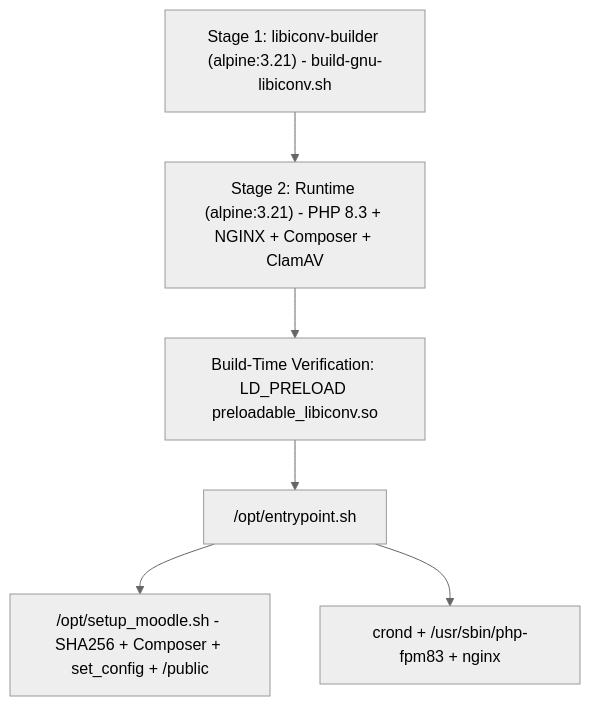
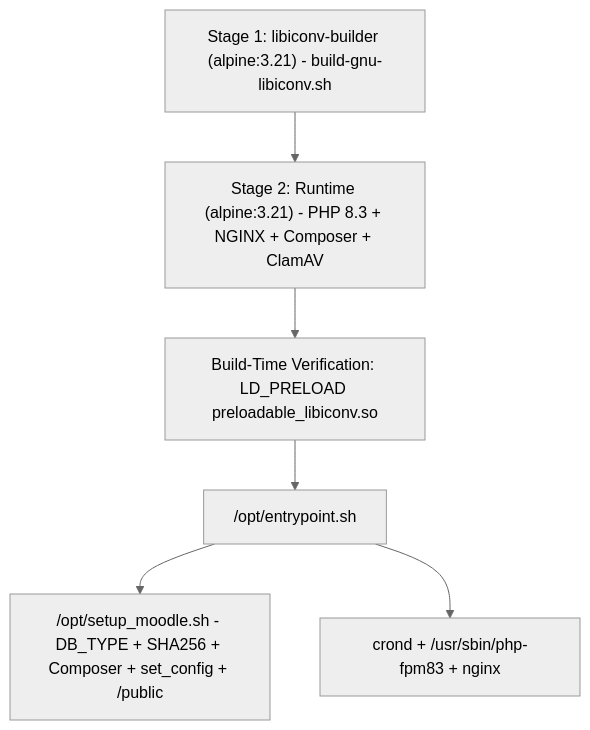
The diagram in openwiki/runtime/container-image-moodle52-php83.md (google/moodle-on-gcp), drawn with Mermaid (neutral theme) before and after one commit. The commit also changed other lines of this file and 42 other files, not shown here.

````diff
--- a/openwiki/runtime/container-image-moodle52-php83.md
+++ b/openwiki/runtime/container-image-moodle52-php83.md
@@ -27,8 +27,8 @@
 ```mermaid
 flowchart TD
     S1["Stage 1: libiconv-builder (alpine:3.21) - build-gnu-libiconv.sh"] --> S2["Stage 2: Runtime (alpine:3.21) - PHP 8.3 + NGINX + Composer + ClamAV"]
     S2 --> Test["Build-Time Verification: LD_PRELOAD preloadable_libiconv.so"]
     Test --> Entry["/opt/entrypoint.sh"]
-    Entry --> Setup["/opt/setup_moodle.sh - SHA256 + Composer + set_config + /public"]
+    Entry --> Setup["/opt/setup_moodle.sh - DB_TYPE + SHA256 + Composer + set_config + /public"]
     Entry --> Daemons["crond + /usr/sbin/php-fpm83 + nginx"]
 ```
````
